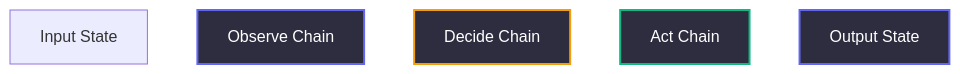
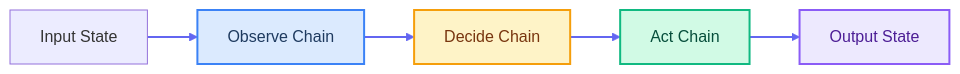
Before and after one commit to ebinzacharias/ez-agentic-study-buddy: the sixth of 6 diagrams in ARCHITECTURE.md, drawn with Mermaid. The commit also changed other lines of this file and 1 other file, not shown here.

````diff
--- a/ARCHITECTURE.md
+++ b/ARCHITECTURE.md
@@ -484,14 +484,14 @@
 ```mermaid
 flowchart LR
-    style Observe fill:#2D2D3F,stroke:#6366F1,stroke-width:2px,color:#FFFFFF
-    style Decide fill:#2D2D3F,stroke:#F59E0B,stroke-width:2px,color:#FFFFFF
-    style Act fill:#2D2D3F,stroke:#10B981,stroke-width:2px,color:#FFFFFF
-    style Output fill:#2D2D3F,stroke:#6366F1,stroke-width:2px,color:#FFFFFF
+    style Observe fill:#DBEAFE,stroke:#3B82F6,stroke-width:2px,color:#1E3A5F
+    style Decide fill:#FEF3C7,stroke:#F59E0B,stroke-width:2px,color:#78350F
+    style Act fill:#D1FAE5,stroke:#10B981,stroke-width:2px,color:#064E3B
+    style Output fill:#EDE9FE,stroke:#8B5CF6,stroke-width:2px,color:#4C1D95
 
-    linkStyle default stroke:#FFFFFF,stroke-width:2px
+    linkStyle default stroke:#6366F1,stroke-width:2px
 
     Input[Input State] --> Observe[Observe Chain]
     Observe --> Decide[Decide Chain]
     Decide --> Act[Act Chain]
     Act --> Output[Output State]
 ```
````
